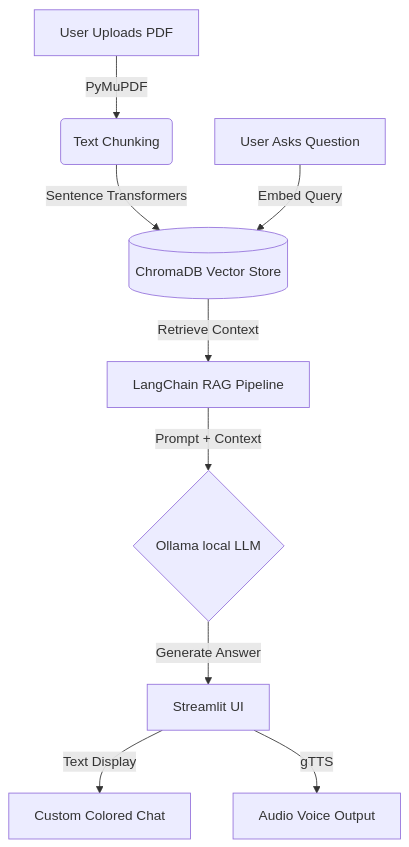
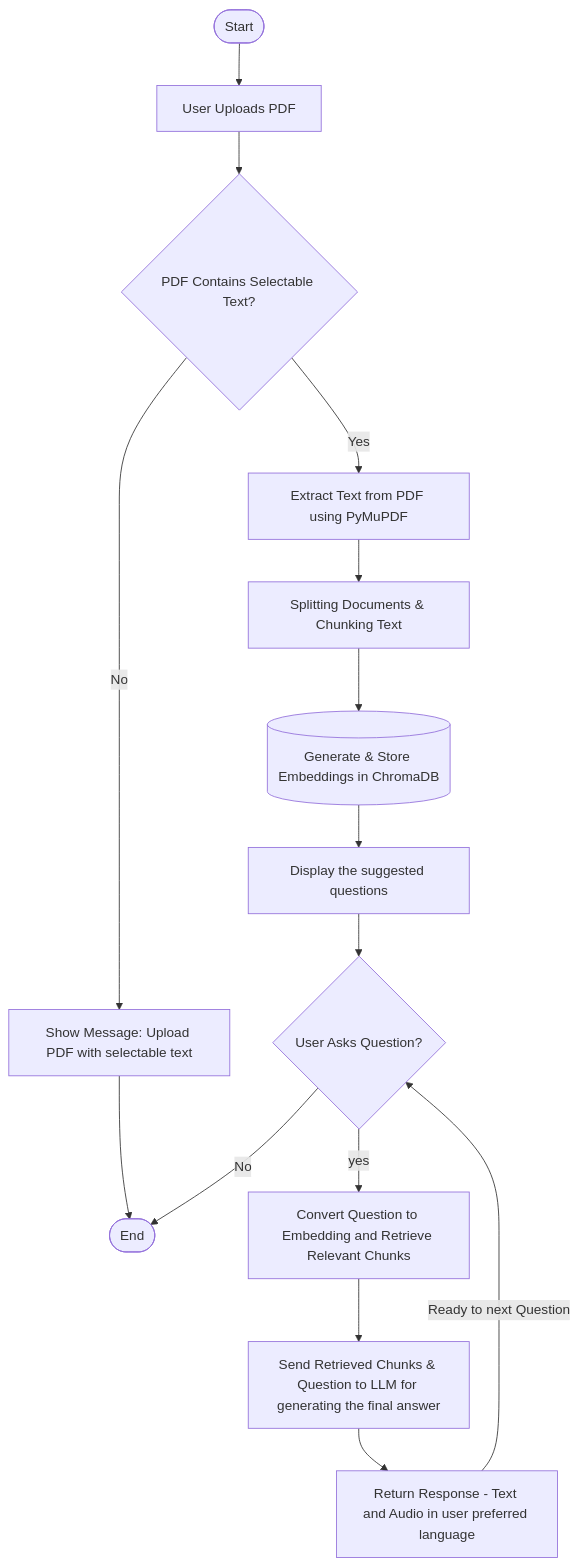
The diagram in README.md (SanthoshReddy-5/interactive_pdf_assistant), drawn with Mermaid before and after one commit.

Commit message:
Updated the flowchart

````diff
--- a/README.md
+++ b/README.md
@@ -16,11 +16,30 @@
 ```mermaid
 graph TD
-    A[User Uploads PDF] -->|PyMuPDF| B(Text Chunking)
-    B -->|Sentence Transformers| C[(ChromaDB Vector Store)]
-    D[User Asks Question] -->|Embed Query| C
-    C -->|Retrieve Context| E[LangChain RAG Pipeline]
-    E -->|Prompt + Context| F{Ollama local LLM}
-    F -->|Generate Answer| G[Streamlit UI]
-    G -->|Text Display| H[Custom Colored Chat]
-    G -->|gTTS| I[Audio Voice Output]
+A([Start]) --> B[User Uploads PDF]
+
+B --> C{PDF Contains Selectable Text?}
+
+C -- No --> D[Show Message: Upload PDF with selectable text]
+
+D --> Z([End])
+
+C -- Yes --> E[Extract Text from PDF using PyMuPDF]
+
+E --> F[Splitting Documents & Chunking Text]
+
+F --> H[(Generate & Store Embeddings in ChromaDB)]
+
+H --> I[Display the suggested questions]
+
+I --> J{User Asks Question?}
+
+J -- yes --> K[Convert Question to Embedding and Retrieve Relevant Chunks]
+
+K --> L[Send Retrieved Chunks & Question to LLM for generating the final answer]
+
+L --> M[Return Response - Text and Audio in user preferred language]
+
+M -- Ready to next Question --> J
+
+J -- No --> Z([End])
 ```
````
